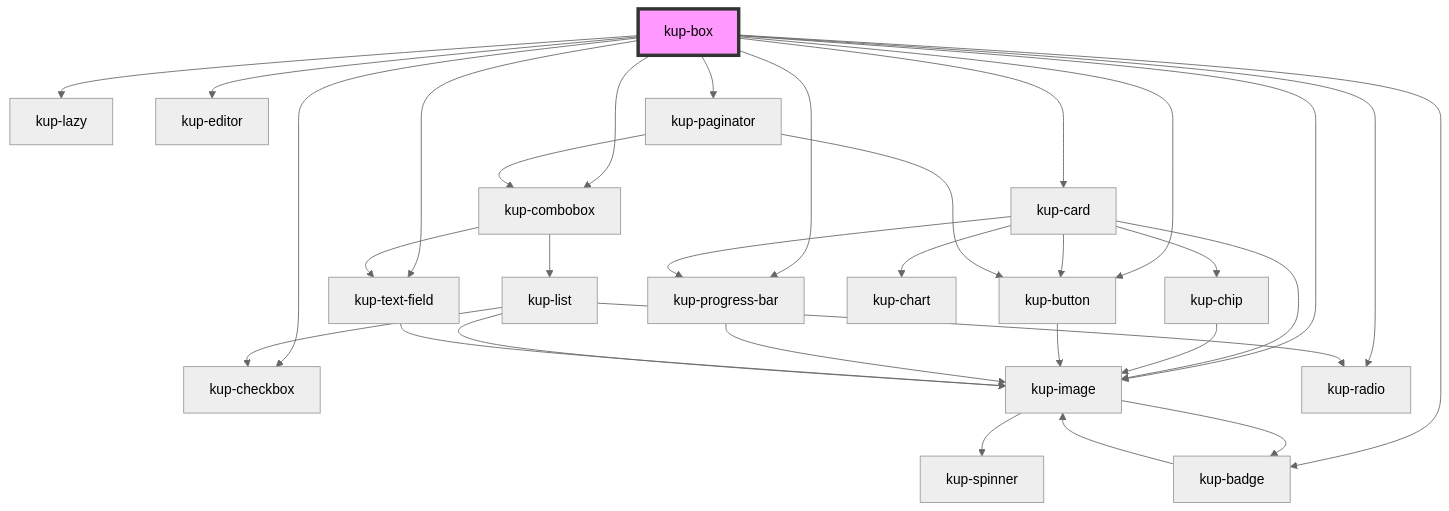
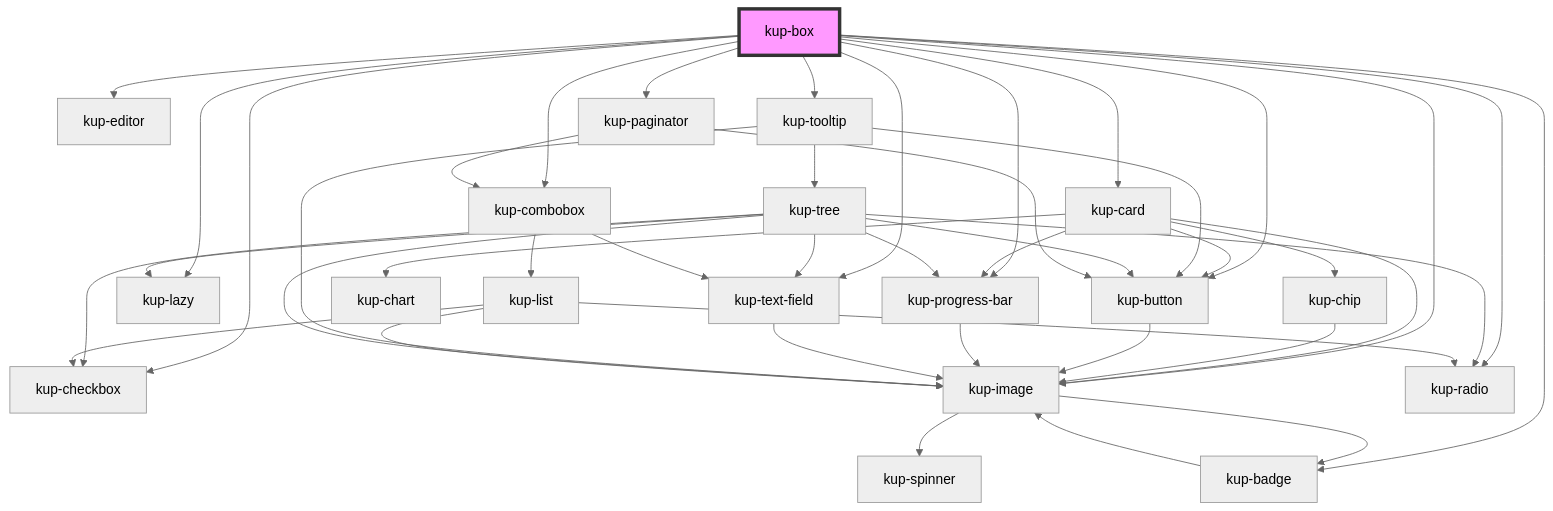
One commit to smeup/ketchup changed the diagram in packages/ketchup/src/components/kup-box/readme.md. Above: the diagram before and after it, drawn with Mermaid (neutral theme). The commit also changed other lines of this file and 5 other files, not shown here.

Commit message:
fix kup-tooltip in kup-box; init manage interaction from kup-tree in kup-tooltip (cell options)

````diff
--- a/packages/ketchup/src/components/kup-box/readme.md
+++ b/packages/ketchup/src/components/kup-box/readme.md
@@ -113,35 +116,46 @@
 ```mermaid
 graph TD;
   kup-box --> kup-card
   kup-box --> kup-checkbox
   kup-box --> kup-badge
   kup-box --> kup-button
   kup-box --> kup-lazy
   kup-box --> kup-editor
   kup-box --> kup-image
   kup-box --> kup-text-field
   kup-box --> kup-progress-bar
   kup-box --> kup-radio
+  kup-box --> kup-tooltip
   kup-box --> kup-combobox
   kup-box --> kup-paginator
   kup-card --> kup-image
   kup-card --> kup-chip
   kup-card --> kup-button
   kup-card --> kup-progress-bar
   kup-card --> kup-chart
   kup-image --> kup-spinner
   kup-image --> kup-badge
   kup-badge --> kup-image
   kup-chip --> kup-image
   kup-button --> kup-image
   kup-progress-bar --> kup-image
   kup-text-field --> kup-image
+  kup-tooltip --> kup-button
+  kup-tooltip --> kup-image
+  kup-tooltip --> kup-tree
+  kup-tree --> kup-button
+  kup-tree --> kup-lazy
+  kup-tree --> kup-checkbox
+  kup-tree --> kup-image
+  kup-tree --> kup-progress-bar
+  kup-tree --> kup-radio
+  kup-tree --> kup-text-field
   kup-combobox --> kup-text-field
   kup-combobox --> kup-list
   kup-list --> kup-image
   kup-list --> kup-radio
   kup-list --> kup-checkbox
   kup-paginator --> kup-button
   kup-paginator --> kup-combobox
   style kup-box fill:#f9f,stroke:#333,stroke-width:4px
 ```
````
